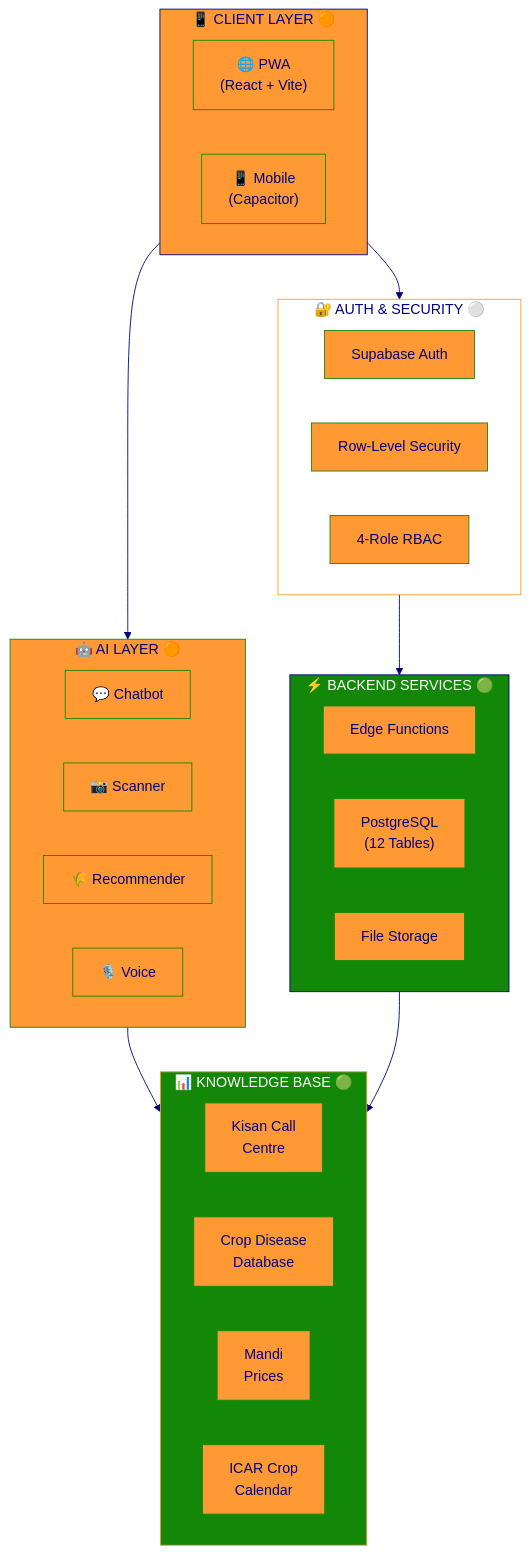
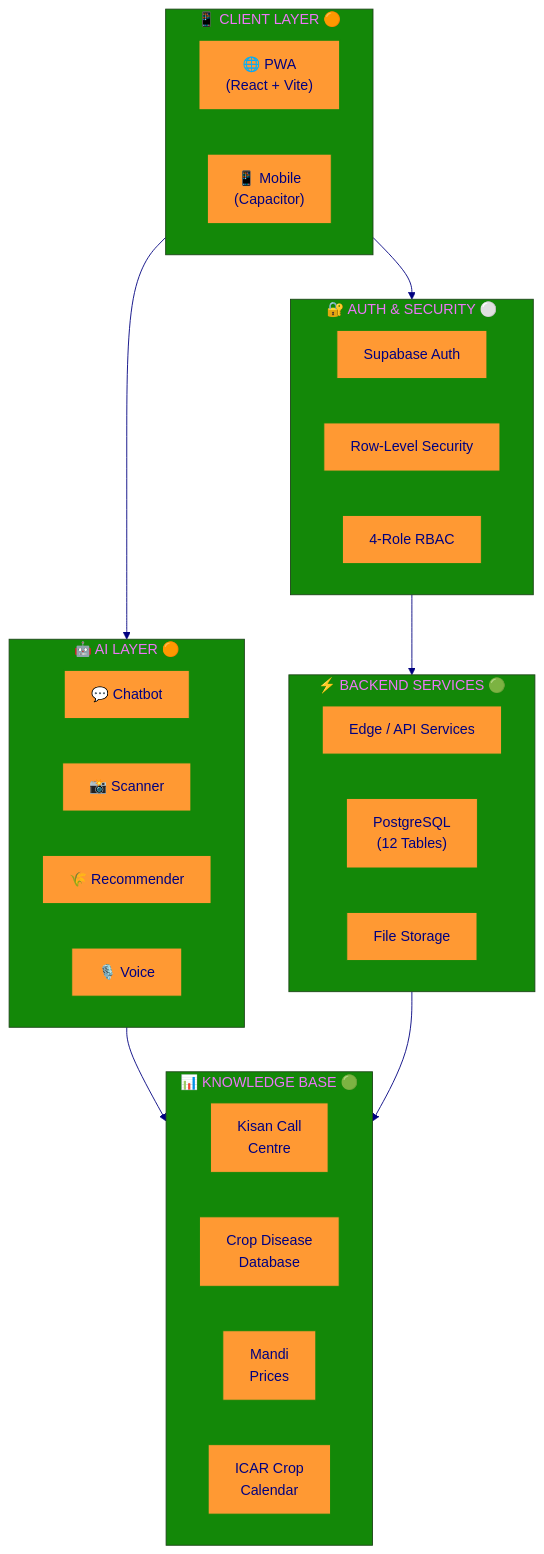
The first of 2 diagrams in README.md (Samrudh2006/Farm_Intellect), drawn with Mermaid before and after one commit. The commit also changed other lines of this file, not shown here.

````diff
--- a/README.md
+++ b/README.md
@@ -367,87 +99,44 @@
 ```mermaid
-
 %%{init: {'theme': 'base', 'themeVariables': { 'primaryColor': '#FF9933', 'primaryTextColor': '#000080', 'primaryBorderColor': '#138808', 'lineColor': '#000080', 'secondaryColor': '#FFFFFF', 'tertiaryColor': '#138808'}}}%%
-
 flowchart TB
-
     subgraph Client["📱 CLIENT LAYER 🟠"]
-
         direction LR
-
         PWA["🌐 PWA<br/>(React + Vite)"]
-
         CAP["📱 Mobile<br/>(Capacitor)"]
-
     end
 
     subgraph Auth["🔐 AUTH & SECURITY ⚪"]
-
         direction LR
-
         SA["Supabase Auth"]
-
         RLS["Row-Level Security"]
-
         RBAC["4-Role RBAC"]
-
     end
 
     subgraph Backend["⚡ BACKEND SERVICES 🟢"]
-
         direction LR
-
-        EF["Edge Functions"]
-
+        EF["Edge / API Services"]
         DB["PostgreSQL<br/>(12 Tables)"]
-
         ST["File Storage"]
-
     end
 
     subgraph AI["🤖 AI LAYER 🟠"]
-
         direction LR
-
         CHAT["💬 Chatbot"]
-
         SCAN["📸 Scanner"]
-
         REC["🌾 Recommender"]
-
         VOICE["🎙️ Voice"]
-
     end
 
     subgraph Data["📊 KNOWLEDGE BASE 🟢"]
-
         direction LR
-
         KCC["Kisan Call<br/>Centre"]
-
         CROP["Crop Disease<br/>Database"]
-
         MANDI["Mandi<br/>Prices"]
-
         CAL["ICAR Crop<br/>Calendar"]
-
     end
 
     Client --> Auth --> Backend
-
     Client --> AI
-
     AI --> Data
-
     Backend --> Data
-
-    style Client fill:#FF9933,stroke:#000080,color:#000080
-
-    style Auth fill:#FFFFFF,stroke:#FF9933,color:#000080
-
-    style Backend fill:#138808,stroke:#000080,color:#FFFFFF
-
-    style AI fill:#FF9933,stroke:#138808,color:#000080
-
-    style Data fill:#138808,stroke:#FF9933,color:#FFFFFF
-
 ```
````
